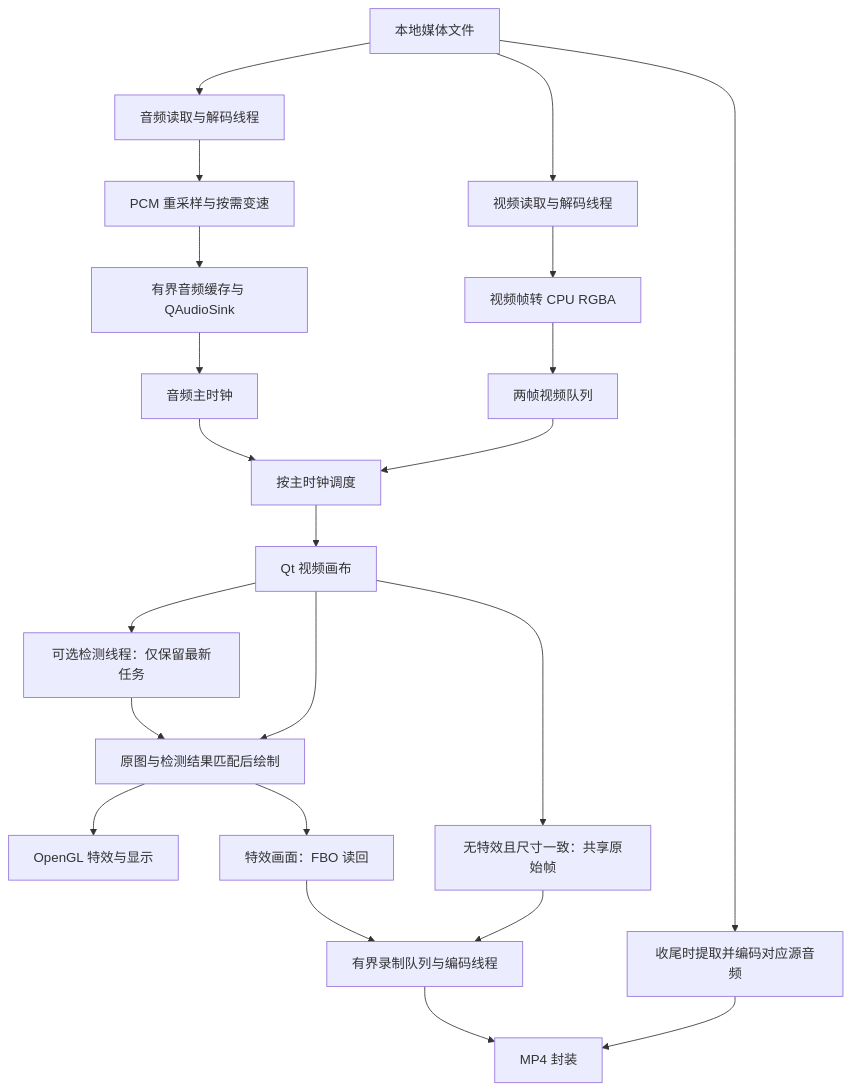
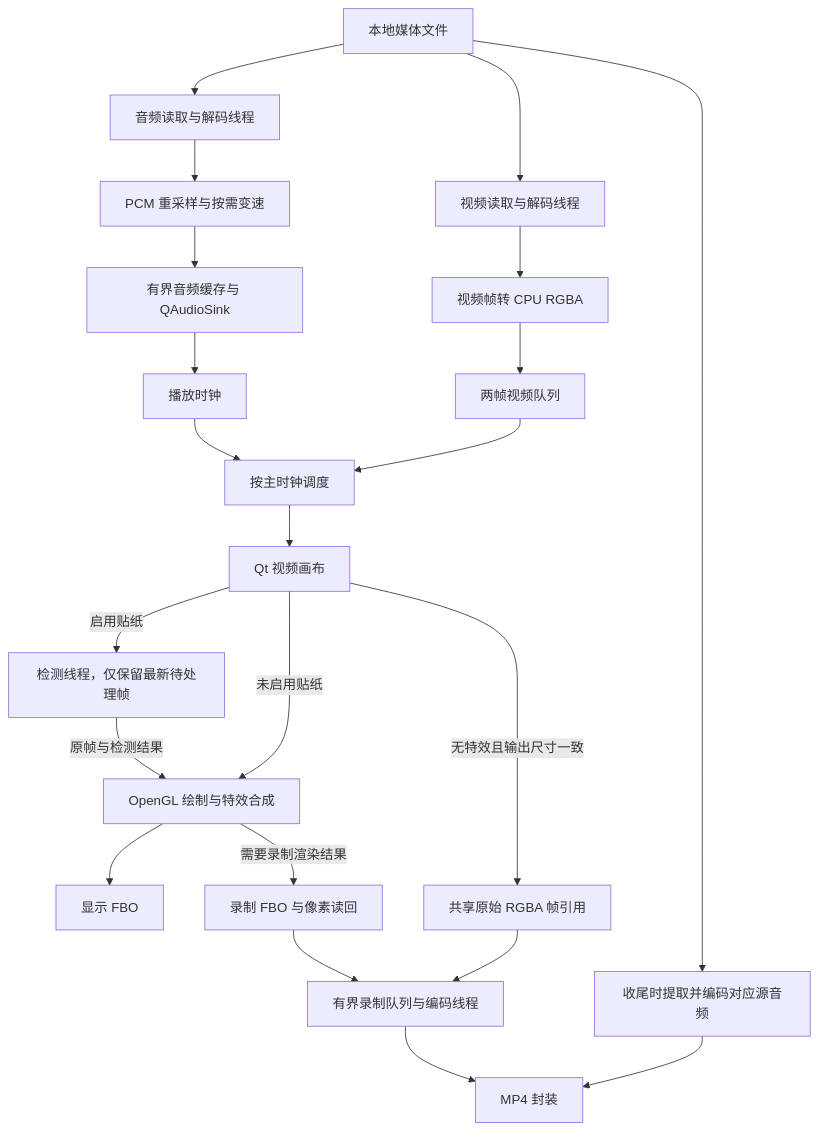
The diagram in README.md (Mikiya777/AiPlayer), drawn with Mermaid before and after one commit. The commit also changed other lines of this file, not shown here.

````diff
--- a/README.md
+++ b/README.md
@@ -53,24 +26,24 @@
 ```mermaid
 flowchart TD
     Source[本地媒体文件] --> AR[音频读取与解码线程]
     Source --> VR[视频读取与解码线程]
     AR --> PCM[PCM 重采样与按需变速]
     PCM --> Audio[有界音频缓存与 QAudioSink]
-    Audio --> Clock[音频主时钟]
+    Audio --> Clock[播放时钟]
     VR --> RGBA[视频帧转 CPU RGBA]
     RGBA --> Queue[两帧视频队列]
     Queue --> Sync[按主时钟调度]
     Clock --> Sync
     Sync --> Item[Qt 视频画布]
-    Item --> Face[可选检测线程：仅保留最新任务]
-    Face --> GL[原图与检测结果匹配后绘制]
-    Item --> GL
-    GL --> Screen[OpenGL 特效与显示]
-    Item --> Raw[无特效且尺寸一致：共享原始帧]
-    GL --> FBO[特效画面：FBO 读回]
+    Item -->|启用贴纸| Face[检测线程，仅保留最新待处理帧]
+    Face -->|原帧与检测结果| GL[OpenGL 绘制与特效合成]
+    Item -->|未启用贴纸| GL
+    GL --> Screen[显示 FBO]
+    Item -->|无特效且输出尺寸一致| Raw[共享原始 RGBA 帧引用]
+    GL -->|需要录制渲染结果| FBO[录制 FBO 与像素读回]
     Raw --> Writer[有界录制队列与编码线程]
     FBO --> Writer
     Source --> AudioExport[收尾时提取并编码对应源音频]
     Writer --> MP4[MP4 封装]
     AudioExport --> MP4
 ```
````
